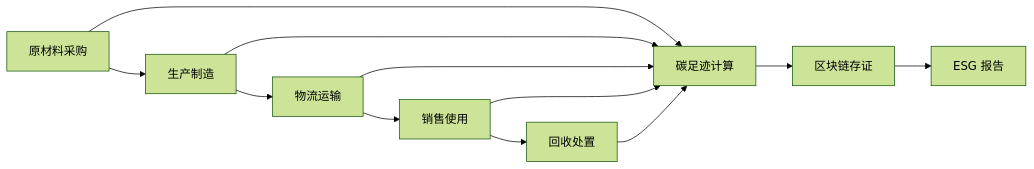
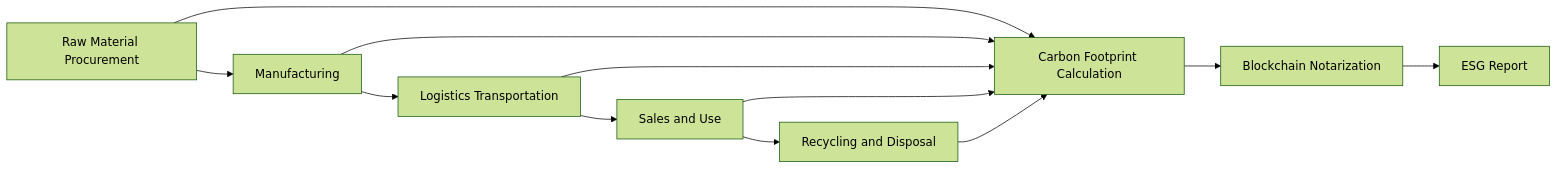
Before and after one commit to teaglebuilt/knowledge-tree: the third of 3 diagrams in tree/application/architecture/carbon-esg-management.md, drawn with Mermaid (forest theme). The commit also changed other lines of this file and 16 other files, not shown here.

````diff
--- a/tree/application/architecture/carbon-esg-management.md
+++ b/tree/application/architecture/carbon-esg-management.md
@@ -246,10 +215,10 @@
 ```mermaid
 flowchart LR
-    A[原材料采购] --> B[生产制造]
-    B --> C[物流运输]
-    C --> D[销售使用]
-    D --> E[回收处置]
-    A & B & C & D & E --> F[碳足迹计算]
-    F --> G[区块链存证]
-    G --> H[ESG 报告]
+    A[Raw Material Procurement] --> B[Manufacturing]
+    B --> C[Logistics Transportation]
+    C --> D[Sales and Use]
+    D --> E[Recycling and Disposal]
+    A & B & C & D & E --> F[Carbon Footprint Calculation]
+    F --> G[Blockchain Notarization]
+    G --> H[ESG Report]
 ```
````
